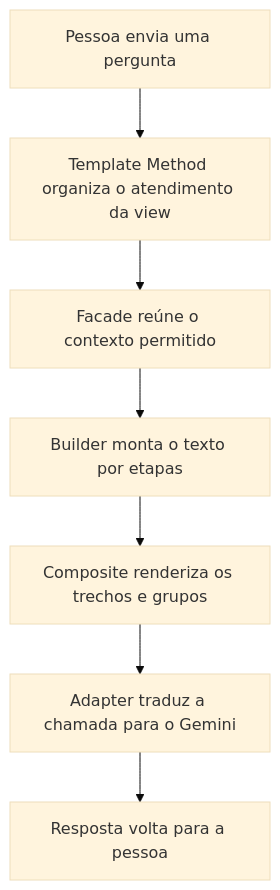
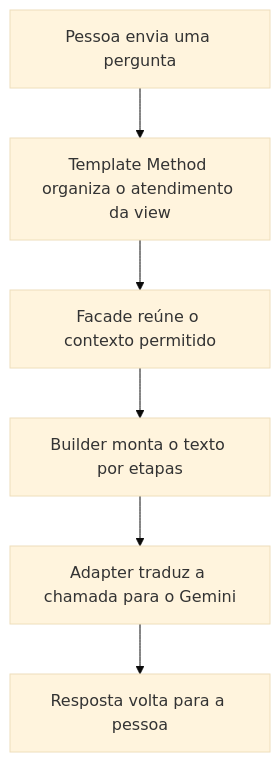
Before and after one commit to bounttyhunter007/NanaSmart: the second of 2 diagrams in DOCS/docs_padroes_projeto/Verificacao_Padroes_GoF_Verdes.md, drawn with Mermaid (base theme). The commit also changed other lines of this file and 20 other files, not shown here.

````diff
--- a/DOCS/docs_padroes_projeto/Verificacao_Padroes_GoF_Verdes.md
+++ b/DOCS/docs_padroes_projeto/Verificacao_Padroes_GoF_Verdes.md
@@ -827,9 +792,8 @@
 ```mermaid
 flowchart TD
     A[Pessoa envia uma pergunta] --> B[Template Method organiza o atendimento da view]
     B --> C[Facade reúne o contexto permitido]
     C --> D[Builder monta o texto por etapas]
-    D --> G[Composite renderiza os trechos e grupos]
-    G --> E[Adapter traduz a chamada para o Gemini]
+    D --> E[Adapter traduz a chamada para o Gemini]
     E --> F[Resposta volta para a pessoa]
 ```
````
